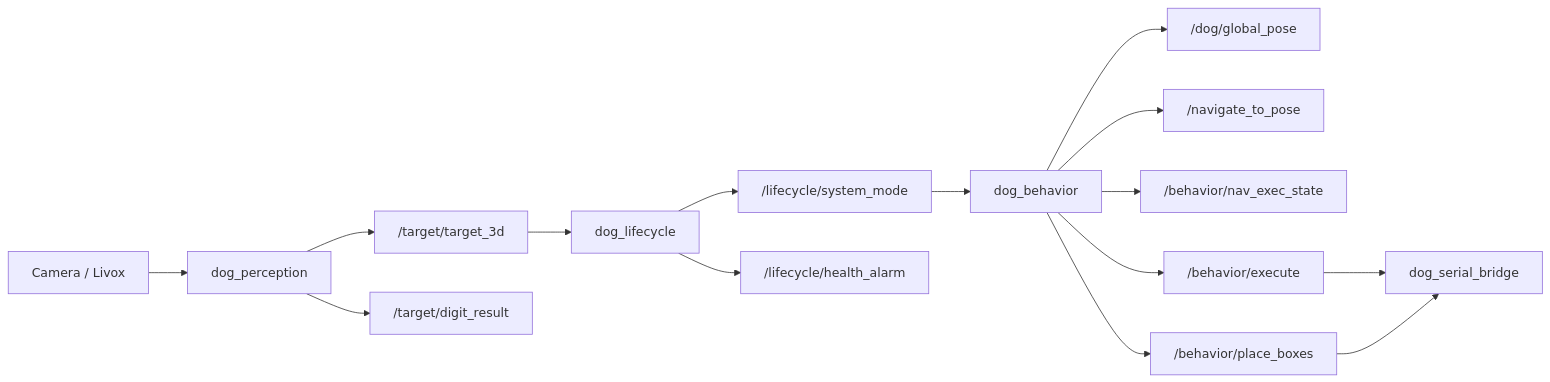
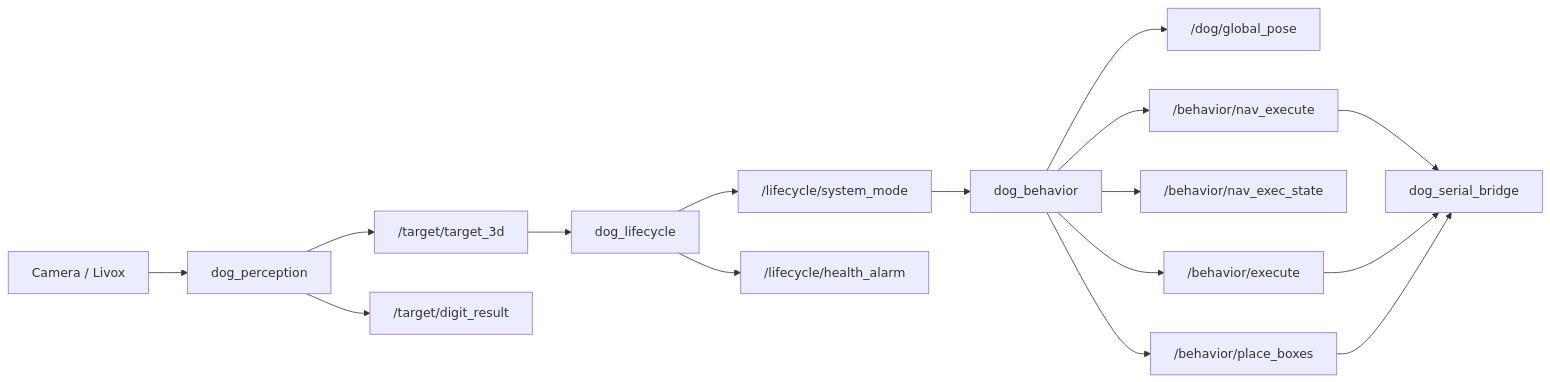
The diagram in README.md (Phoenix-064/Dog), drawn with Mermaid before and after one commit. The commit also changed other lines of this file and 19 other files, not shown here.

```diff
--- a/README.md
+++ b/README.md
@@ -141,17 +146,18 @@
 ~~~mermaid
 flowchart LR
   A[Camera / Livox] --> B[dog_perception]
   B --> C["/target/target_3d"]
   B --> D["/target/digit_result"]
   C --> E[dog_lifecycle]
   E --> F["/lifecycle/system_mode"]
   E --> G["/lifecycle/health_alarm"]
   F --> H[dog_behavior]
   H --> I["/dog/global_pose"]
-  H --> J["/navigate_to_pose"]
+  H --> J["/behavior/nav_execute"]
   H --> K["/behavior/nav_exec_state"]
   H --> L["/behavior/execute"]
   H --> M["/behavior/place_boxes"]
-  L --> N[dog_serial_bridge]
+  J --> N[dog_serial_bridge]
+  L --> N
   M --> N
 ~~~
```
